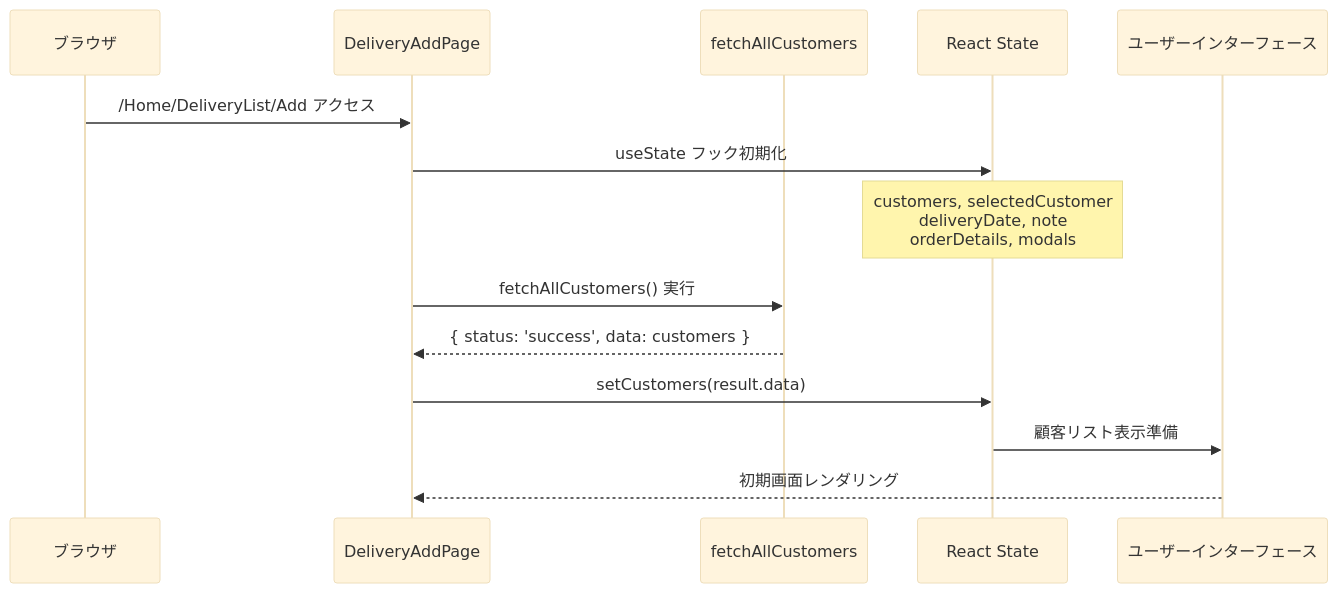
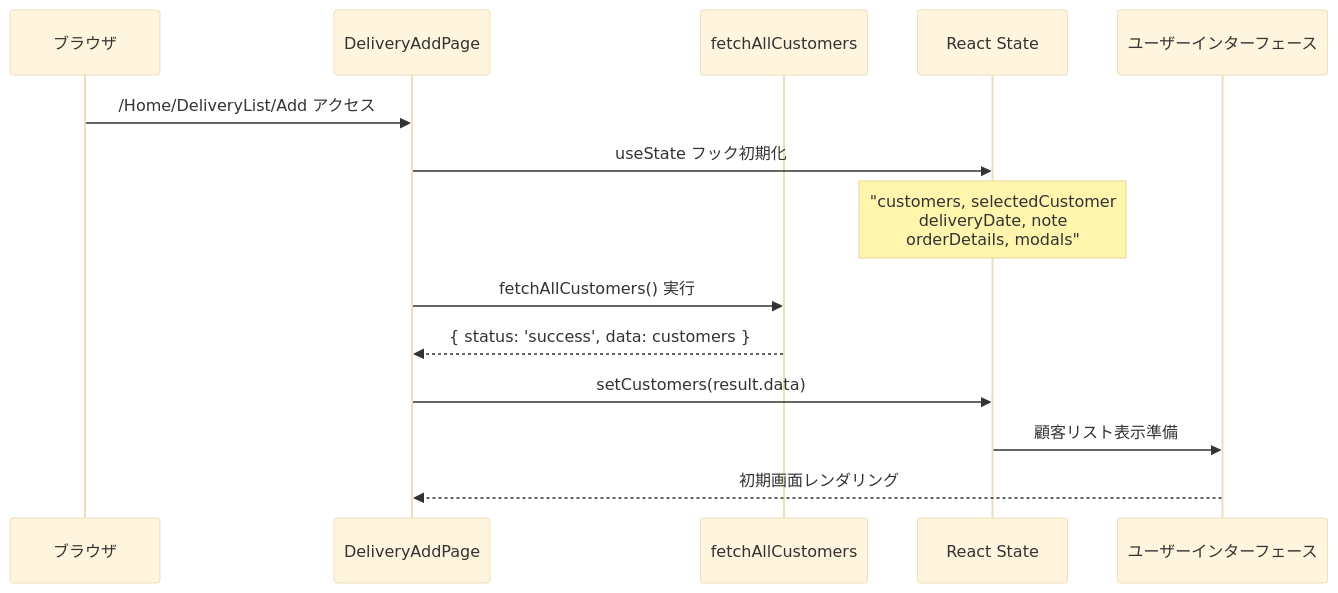
The first of 12 diagrams in document/pages/sequence/DeliveryAdd.md (wasabi49/ocs-systemDevelopmentExercises), drawn with Mermaid (base theme) before and after one commit. The commit also changed other lines of this file and 42 other files, not shown here.

First line of the commit message:
fix: mermaidシーケンス図のNote over文でダブルクォーテーション不足を修正

````diff
--- a/document/pages/sequence/DeliveryAdd.md
+++ b/document/pages/sequence/DeliveryAdd.md
@@ -8,19 +8,19 @@
 ```mermaid
 sequenceDiagram
     participant Browser as ブラウザ
     participant Page as DeliveryAddPage
     participant CustomerAPI as fetchAllCustomers
     participant State as React State
     participant UI as ユーザーインターフェース
 
     Browser->>Page: /Home/DeliveryList/Add アクセス
     Page->>State: useState フック初期化
-    Note over State: customers, selectedCustomer<br/>deliveryDate, note<br/>orderDetails, modals
+    Note over State: "customers, selectedCustomer<br/>deliveryDate, note<br/>orderDetails, modals"
     
     Page->>CustomerAPI: fetchAllCustomers() 実行
     CustomerAPI-->>Page: { status: 'success', data: customers }
     
     Page->>State: setCustomers(result.data)
     State->>UI: 顧客リスト表示準備
     UI-->>Page: 初期画面レンダリング
 ```
````
